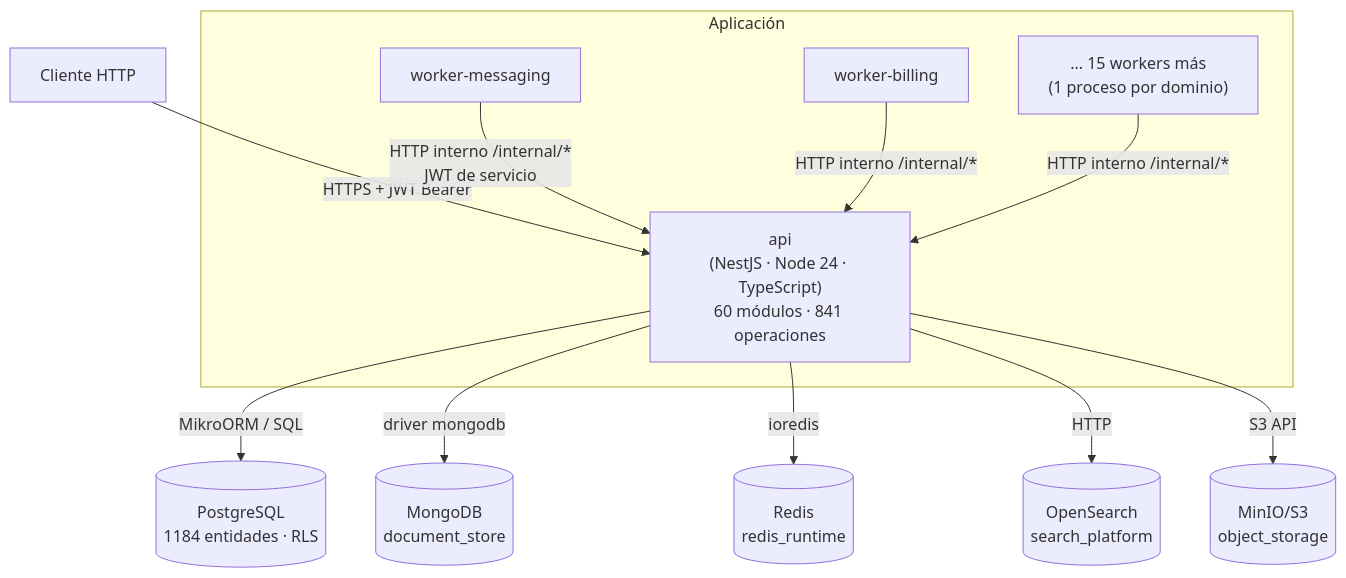
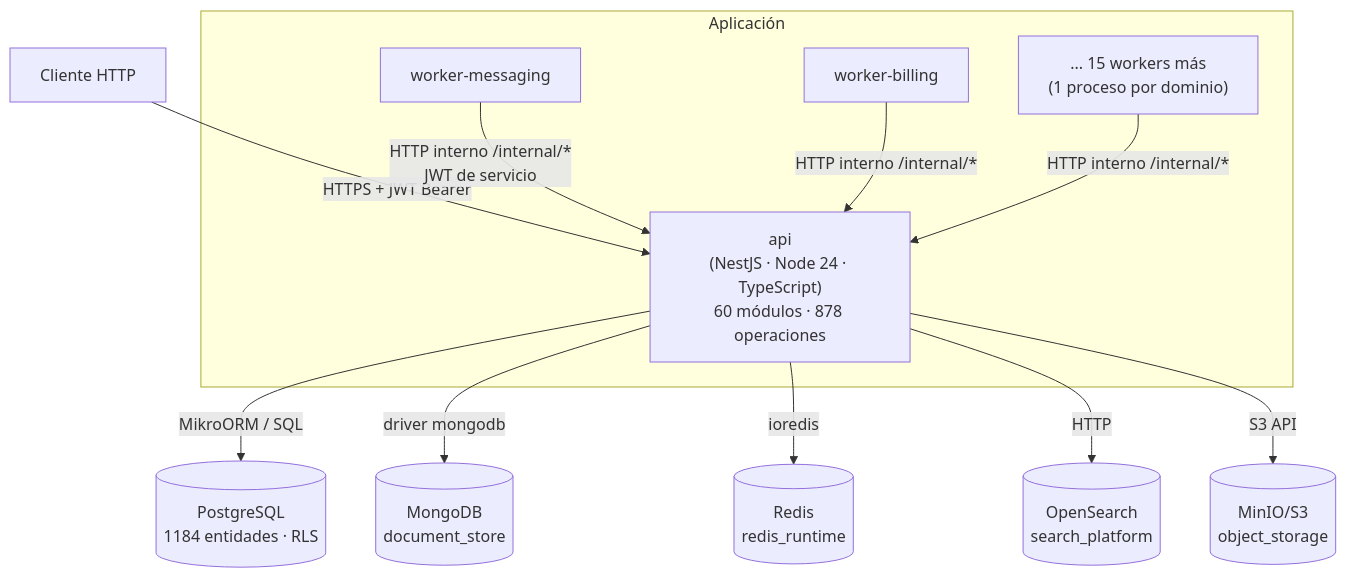
Before and after one commit to mdavila-2001/mantra-core-health-api: the diagram in docs/architecture/containers.md, drawn with Mermaid. The commit also changed 97 other files, not shown here.

````diff
--- a/docs/architecture/containers.md
+++ b/docs/architecture/containers.md
@@ -7,21 +7,21 @@
 ```mermaid
 flowchart TB
   Client[Cliente HTTP] -->|HTTPS + JWT Bearer| API
 
   subgraph Aplicación
-    API["api<br/>(NestJS · Node 24 · TypeScript)<br/>60 módulos · 841 operaciones"]
+    API["api<br/>(NestJS · Node 24 · TypeScript)<br/>60 módulos · 878 operaciones"]
     W1["worker-messaging"]
     W2["worker-billing"]
     W3["... 15 workers más<br/>(1 proceso por dominio)"]
   end
 
   API -->|MikroORM / SQL| PG[("PostgreSQL<br/>1184 entidades · RLS")]
   API -->|driver mongodb| Mongo[("MongoDB<br/>document_store")]
   API -->|ioredis| Redis[("Redis<br/>redis_runtime")]
   API -->|HTTP| OS[("OpenSearch<br/>search_platform")]
   API -->|S3 API| MinIO[("MinIO/S3<br/>object_storage")]
 
   W1 -->|HTTP interno /internal/*<br/>JWT de servicio| API
   W2 -->|HTTP interno /internal/*| API
   W3 -->|HTTP interno /internal/*| API
 ```
````
